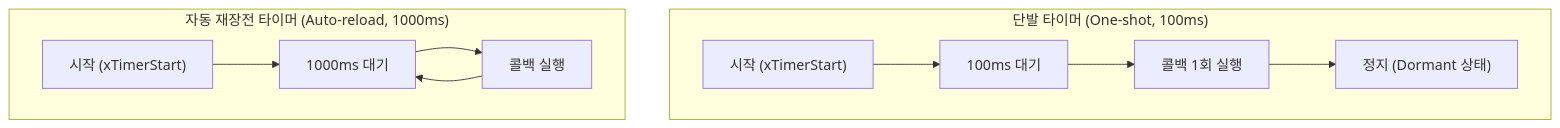
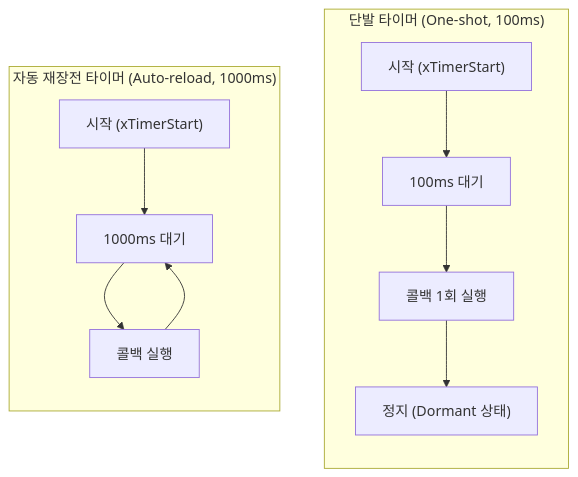
The first of 2 diagrams in ko/guides/tutorial_11.md (yunju-baek/FreeRTOS-Tutorials-ko), drawn with Mermaid before and after one commit. The commit also changed other lines of this file and 37 other files, not shown here.

````diff
--- a/ko/guides/tutorial_11.md
+++ b/ko/guides/tutorial_11.md
@@ -43,10 +45,12 @@
 ```mermaid
 flowchart TD
     subgraph OneShot["단발 타이머 (One-shot, 100ms)"]
+        direction TB
         O1["시작 (xTimerStart)"] --> O2["100ms 대기"] --> O3["콜백 1회 실행"] --> O4["정지 (Dormant 상태)"]
     end
 
     subgraph AutoReload["자동 재장전 타이머 (Auto-reload, 1000ms)"]
+        direction TB
         A1["시작 (xTimerStart)"] --> A2["1000ms 대기"] --> A3["콜백 실행"] --> A2
     end
 ```
````
